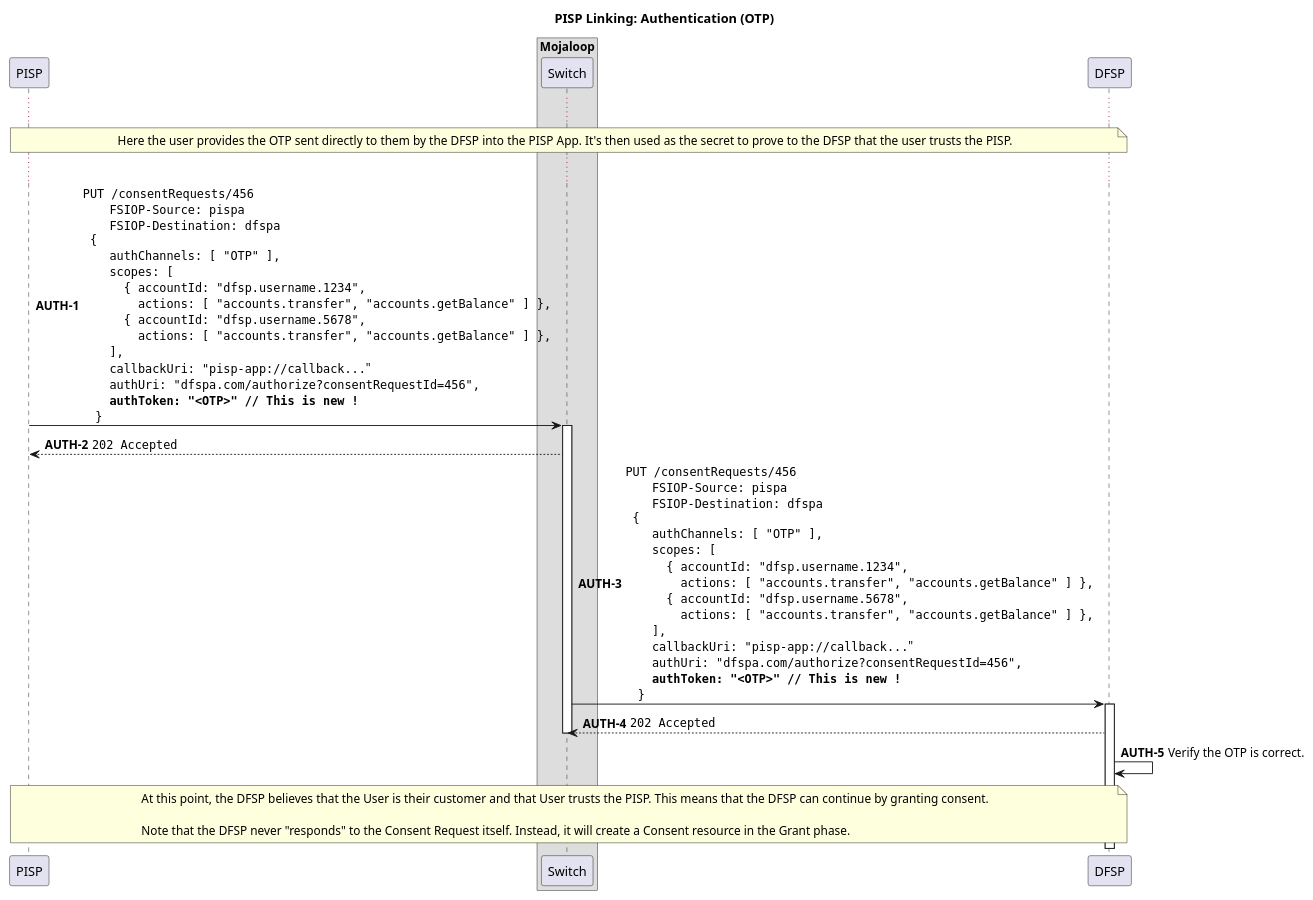
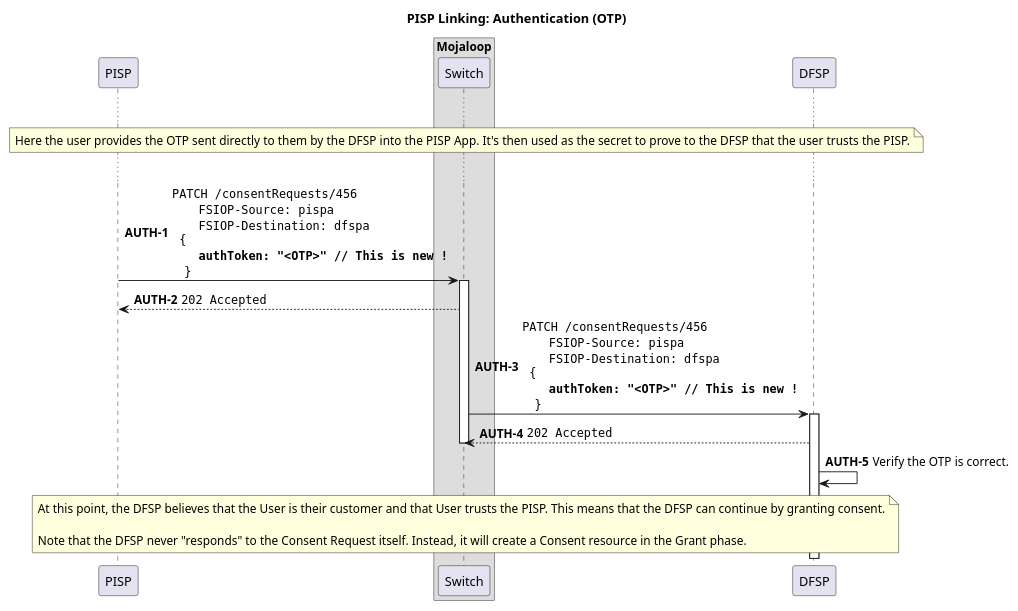
Before and after one commit to mojaloop/pisp-project: the diagram in docs/linking/3-authentication-otp.puml, drawn with PlantUML. The commit also changed 10 other files, not shown here.

```diff
--- a/docs/linking/3-authentication-otp.puml
+++ b/docs/linking/3-authentication-otp.puml
@@ -1,67 +1,49 @@
 @startuml
 
 title PISP Linking: Authentication (OTP)
 
 participant "PISP" as PISP
 
 box "Mojaloop"
     participant Switch
 end box
 
 participant "DFSP" as DFSP
 
 autonumber 1 "<b>AUTH-#</b>"
 
 ...
 
 note over PISP, DFSP
   Here the user provides the OTP sent directly to them by the DFSP into the PISP App. It's then used as the secret to prove to the DFSP that the user trusts the PISP.
 end note
 
 ...
 
-PISP -> Switch ++: ""PUT /consentRequests/456""\n\
+PISP -> Switch ++: ""PATCH /consentRequests/456""\n\
     ""  FSIOP-Source: pispa""\n\
     ""  FSIOP-Destination: dfspa""\n\
 "" {""\n\
-    ""  authChannels: [ "OTP" ],""\n\
-    ""  scopes: [ ""\n\
-    ""    { accountId: "dfsp.username.1234",""\n\
-    ""      actions: [ "accounts.transfer", "accounts.getBalance" ] },""\n\
-    ""    { accountId: "dfsp.username.5678",""\n\
-    ""      actions: [ "accounts.transfer", "accounts.getBalance" ] },""\n\
-    ""  ],""\n\
-    ""  callbackUri: "pisp-app://callback..."""\n\
-    ""  authUri: "dfspa.com/authorize?consentRequestId=456",""\n\
     ""  **authToken: "<OTP>" // This is new !**""\n\
     ""}""
 Switch --> PISP: ""202 Accepted""
 deactivate PISP
 
-Switch -> DFSP ++: ""PUT /consentRequests/456""\n\
+Switch -> DFSP ++: ""PATCH /consentRequests/456""\n\
     ""  FSIOP-Source: pispa""\n\
     ""  FSIOP-Destination: dfspa""\n\
 "" {""\n\
-    ""  authChannels: [ "OTP" ],""\n\
-    ""  scopes: [ ""\n\
-    ""    { accountId: "dfsp.username.1234",""\n\
-    ""      actions: [ "accounts.transfer", "accounts.getBalance" ] },""\n\
-    ""    { accountId: "dfsp.username.5678",""\n\
-    ""      actions: [ "accounts.transfer", "accounts.getBalance" ] },""\n\
-    ""  ],""\n\
-    ""  callbackUri: "pisp-app://callback..."""\n\
-    ""  authUri: "dfspa.com/authorize?consentRequestId=456",""\n\
     ""  **authToken: "<OTP>" // This is new !**""\n\
     ""}""
 DFSP --> Switch: ""202 Accepted""
 deactivate Switch
 
 DFSP -> DFSP: Verify the OTP is correct.
 
 note over PISP, DFSP
   At this point, the DFSP believes that the User is their customer and that User trusts the PISP. This means that the DFSP can continue by granting consent.
 
   Note that the DFSP never "responds" to the Consent Request itself. Instead, it will create a Consent resource in the Grant phase.
 end note
 
 @enduml
```
